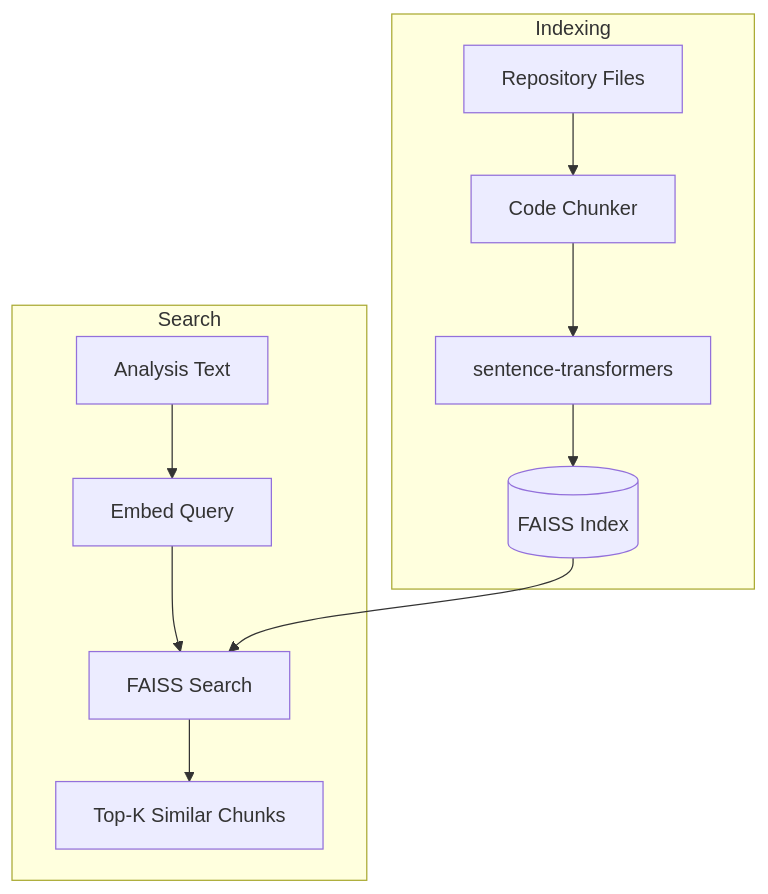
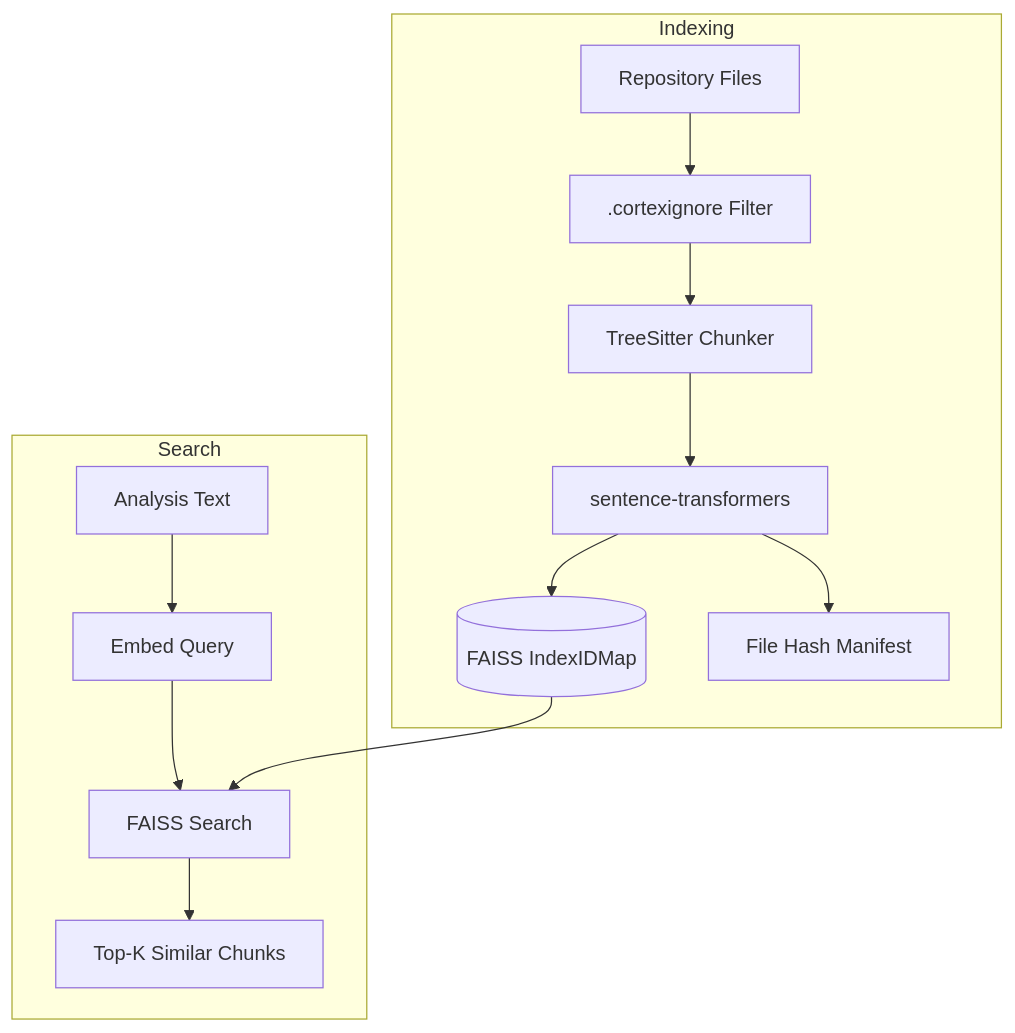
One commit to sarupurisailalith/codebase-cortex changed the first of 3 diagrams in docs/embeddings.md. Above: the diagram before and after it, drawn with Mermaid. The commit also changed other lines of this file and 8 other files, not shown here.

````diff
--- a/docs/embeddings.md
+++ b/docs/embeddings.md
@@ -7,15 +39,17 @@
 ```mermaid
 graph TD
     subgraph "Indexing"
-        REPO[Repository Files] --> CHUNK[Code Chunker]
+        REPO[Repository Files] --> IGNORE[.cortexignore Filter]
+        IGNORE --> CHUNK[TreeSitter Chunker]
         CHUNK --> EMBED[sentence-transformers]
-        EMBED --> FAISS[(FAISS Index)]
+        EMBED --> FAISS[(FAISS IndexIDMap)]
+        EMBED --> HASHES[File Hash Manifest]
     end
 
     subgraph "Search"
         QUERY[Analysis Text] --> QEMBED[Embed Query]
         QEMBED --> SEARCH[FAISS Search]
         FAISS --> SEARCH
         SEARCH --> RESULTS[Top-K Similar Chunks]
     end
 ```
````
